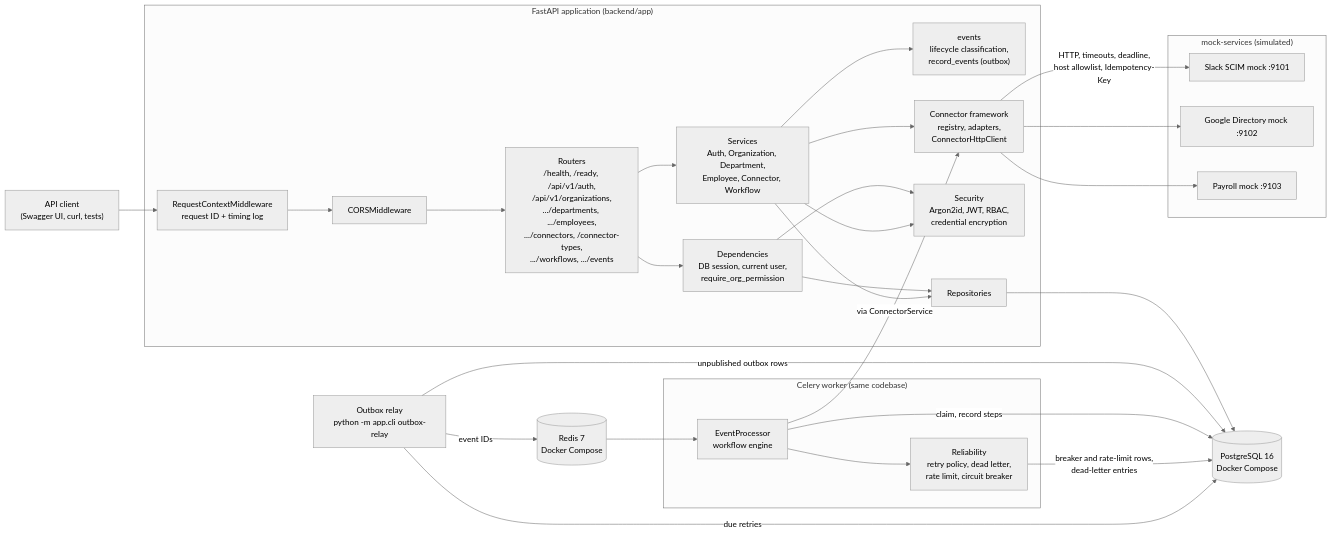
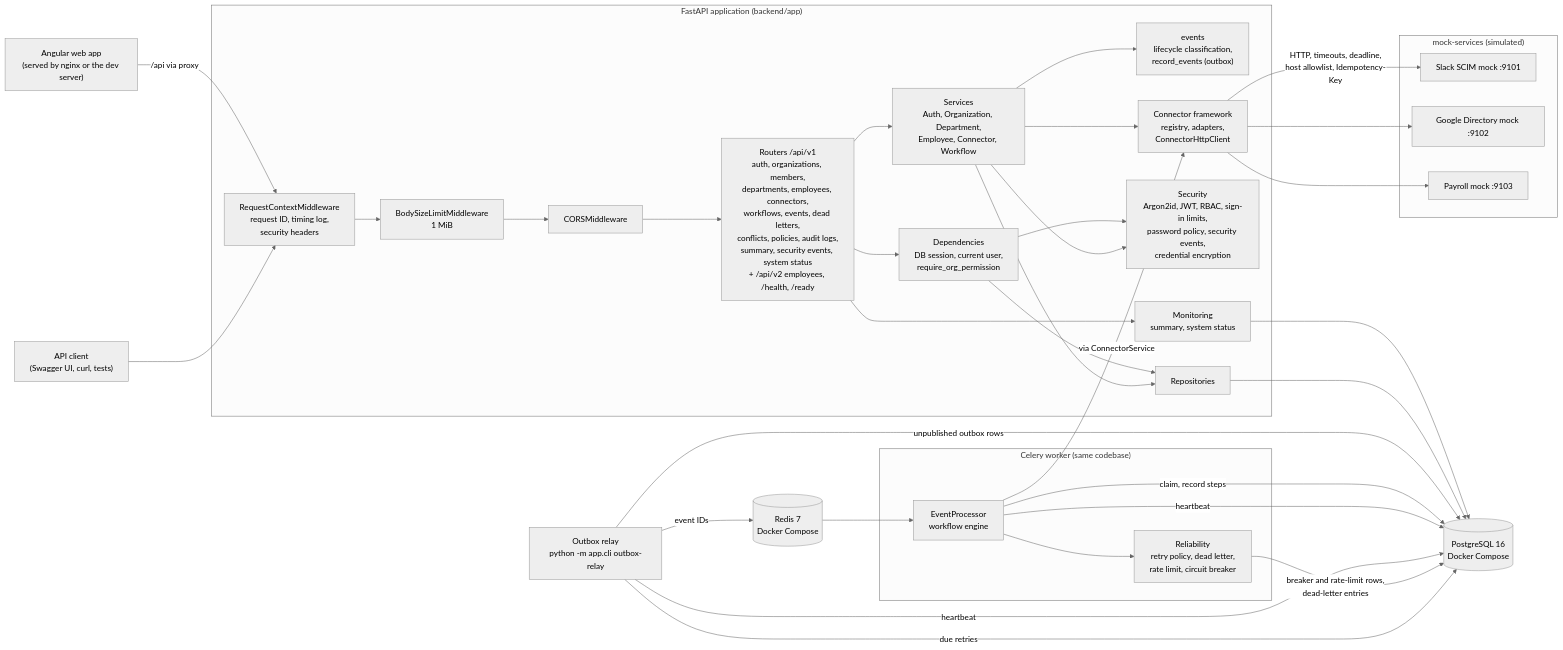
Before and after one commit to praneeth-srikurmadasu/syncforge: the first of 3 diagrams in docs/05-system-architecture.md, drawn with Mermaid (neutral theme). The commit also changed other lines of this file and 9 other files, not shown here.

Commit message:
docs: add the licence, final engineering report and diagram fixes

````diff
--- a/docs/05-system-architecture.md
+++ b/docs/05-system-architecture.md
@@ -8,49 +8,57 @@
 ```mermaid
 flowchart LR
+    browser["Angular web app<br/>(served by nginx or the dev server)"]
     client["API client<br/>(Swagger UI, curl, tests)"]
     subgraph api["FastAPI application (backend/app)"]
-        mw["RequestContextMiddleware<br/>request ID + timing log"]
+        mw["RequestContextMiddleware<br/>request ID, timing log,<br/>security headers"]
+        body["BodySizeLimitMiddleware<br/>1 MiB"]
         cors["CORSMiddleware"]
-        routes["Routers<br/>/health, /ready, /api/v1/auth,<br/>/api/v1/organizations,<br/>.../departments, .../employees,<br/>.../connectors, /connector-types,<br/>.../workflows, .../events"]
+        routes["Routers /api/v1<br/>auth, organizations, members,<br/>departments, employees, connectors,<br/>workflows, events, dead letters,<br/>conflicts, policies, audit logs,<br/>summary, security events, system status<br/>+ /api/v2 employees, /health, /ready"]
         deps["Dependencies<br/>DB session, current user,<br/>require_org_permission"]
         svc["Services<br/>Auth, Organization, Department,<br/>Employee, Connector, Workflow"]
         events["events<br/>lifecycle classification,<br/>record_events (outbox)"]
         repo["Repositories"]
-        sec["Security<br/>Argon2id, JWT, RBAC,<br/>credential encryption"]
+        sec["Security<br/>Argon2id, JWT, RBAC, sign-in limits,<br/>password policy, security events,<br/>credential encryption"]
+        mon["Monitoring<br/>summary, system status"]
         conn["Connector framework<br/>registry, adapters,<br/>ConnectorHttpClient"]
     end
     db[("PostgreSQL 16<br/>Docker Compose")]
     relay["Outbox relay<br/>python -m app.cli outbox-relay"]
     redis[("Redis 7<br/>Docker Compose")]
     subgraph worker["Celery worker (same codebase)"]
         engine["EventProcessor<br/>workflow engine"]
         rel["Reliability<br/>retry policy, dead letter,<br/>rate limit, circuit breaker"]
     end
     subgraph mocks["mock-services (simulated)"]
         slack["Slack SCIM mock :9101"]
         google["Google Directory mock :9102"]
         payroll["Payroll mock :9103"]
     end
 
-    client --> mw --> cors --> routes
+    browser -- "/api via proxy" --> mw
+    client --> mw --> body --> cors --> routes
+    routes --> mon
+    mon --> db
     routes --> deps
     routes --> svc
     deps --> repo
     deps --> sec
     svc --> repo
     svc --> sec
     svc --> events
     svc --> conn
     repo --> db
     relay -- "unpublished outbox rows" --> db
     relay -- "event IDs" --> redis
     redis --> engine
     engine -- "claim, record steps" --> db
     engine -- "via ConnectorService" --> conn
     engine --> rel
+    engine -- "heartbeat" --> db
+    relay -- "heartbeat" --> db
     rel -- "breaker and rate-limit rows,<br/>dead-letter entries" --> db
     relay -- "due retries" --> db
     conn -- "HTTP, timeouts, deadline,<br/>host allowlist, Idempotency-Key" --> slack
     conn --> google
     conn --> payroll
 ```
````
